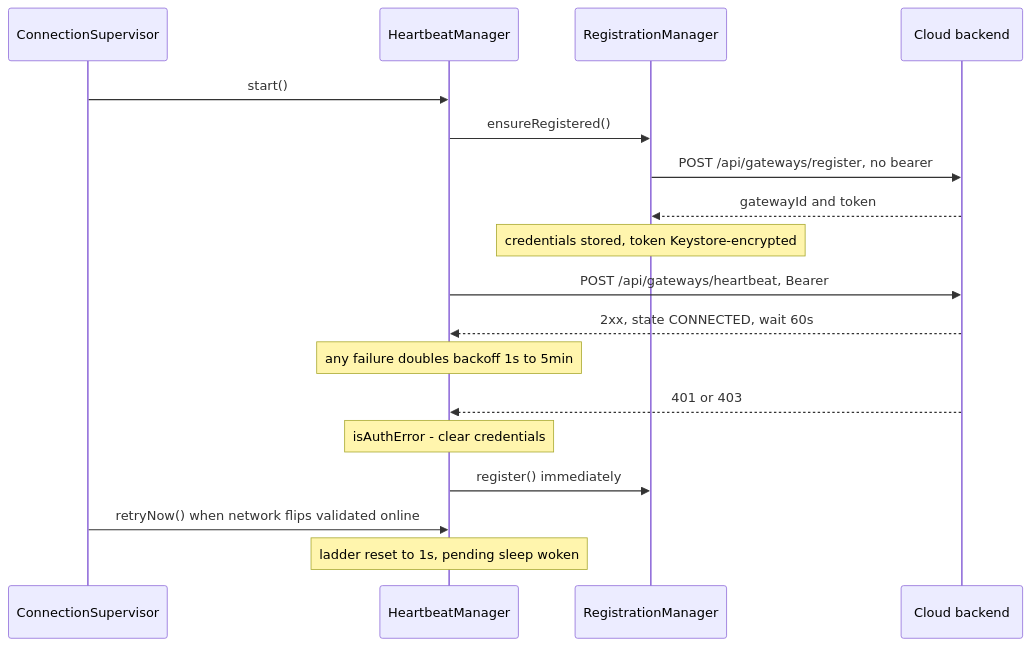
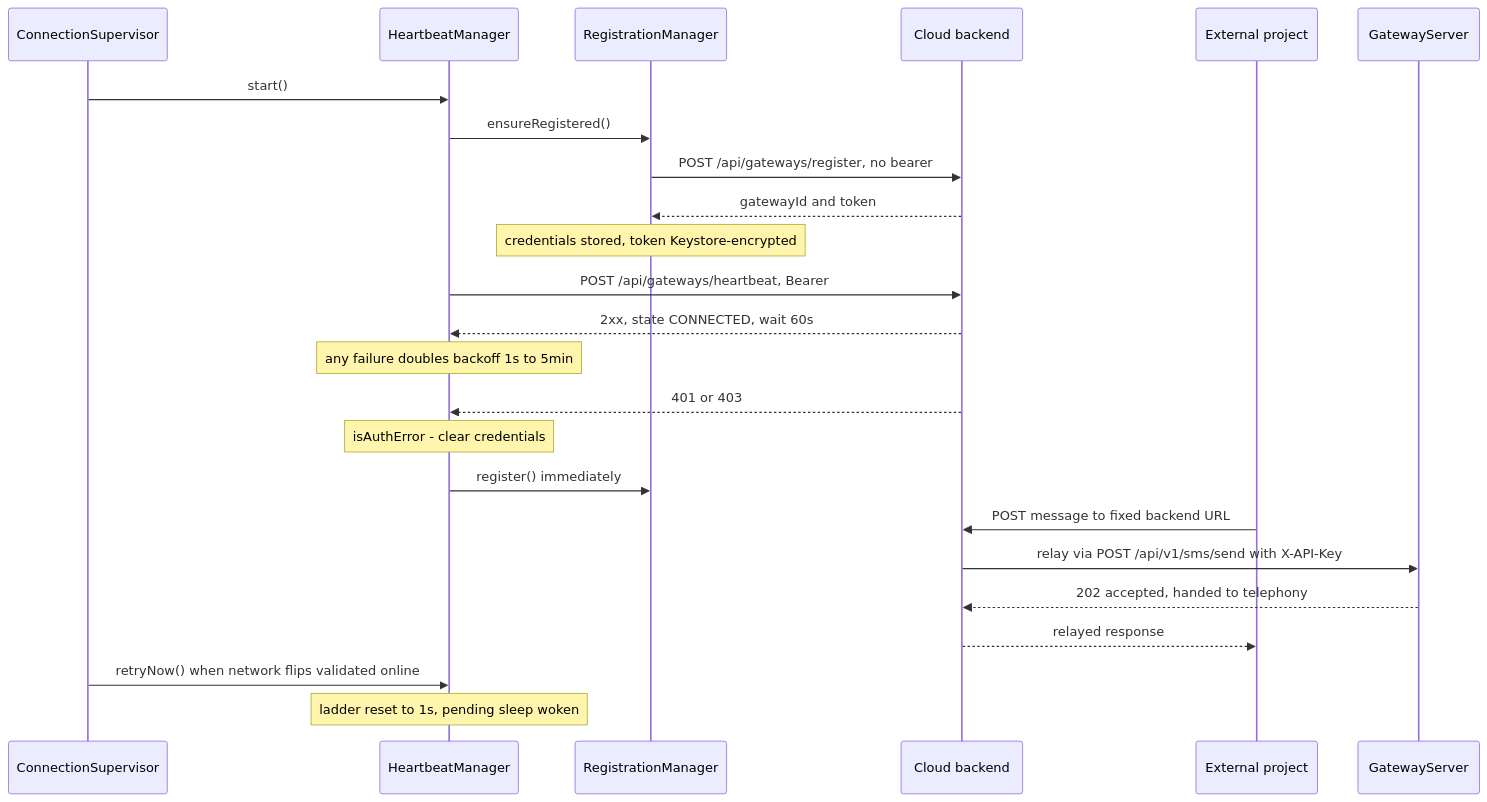
One commit to aibedini/Messages changed the second of 3 diagrams in openwiki/integrations/cloud-relay.md. Above: the diagram before and after it, drawn with Mermaid. The commit also changed other lines of this file and 41 other files, not shown here.

````diff
--- a/openwiki/integrations/cloud-relay.md
+++ b/openwiki/integrations/cloud-relay.md
@@ -114,20 +117,26 @@
 ```mermaid
 sequenceDiagram
     participant Sup as ConnectionSupervisor
     participant HM as HeartbeatManager
     participant RM as RegistrationManager
     participant BE as Cloud backend
+    participant Prj as External project
+    participant GW as GatewayServer
     Sup->>HM: start()
     HM->>RM: ensureRegistered()
     RM->>BE: POST /api/gateways/register, no bearer
     BE-->>RM: gatewayId and token
     Note over RM: credentials stored, token Keystore-encrypted
     HM->>BE: POST /api/gateways/heartbeat, Bearer
     BE-->>HM: 2xx, state CONNECTED, wait 60s
     Note over HM: any failure doubles backoff 1s to 5min
     BE-->>HM: 401 or 403
     Note over HM: isAuthError - clear credentials
     HM->>RM: register() immediately
+    Prj->>BE: POST message to fixed backend URL
+    BE->>GW: relay via POST /api/v1/sms/send with X-API-Key
+    GW-->>BE: 202 accepted, handed to telephony
+    BE-->>Prj: relayed response
     Sup->>HM: retryNow() when network flips validated online
     Note over HM: ladder reset to 1s, pending sleep woken
 ```
````
